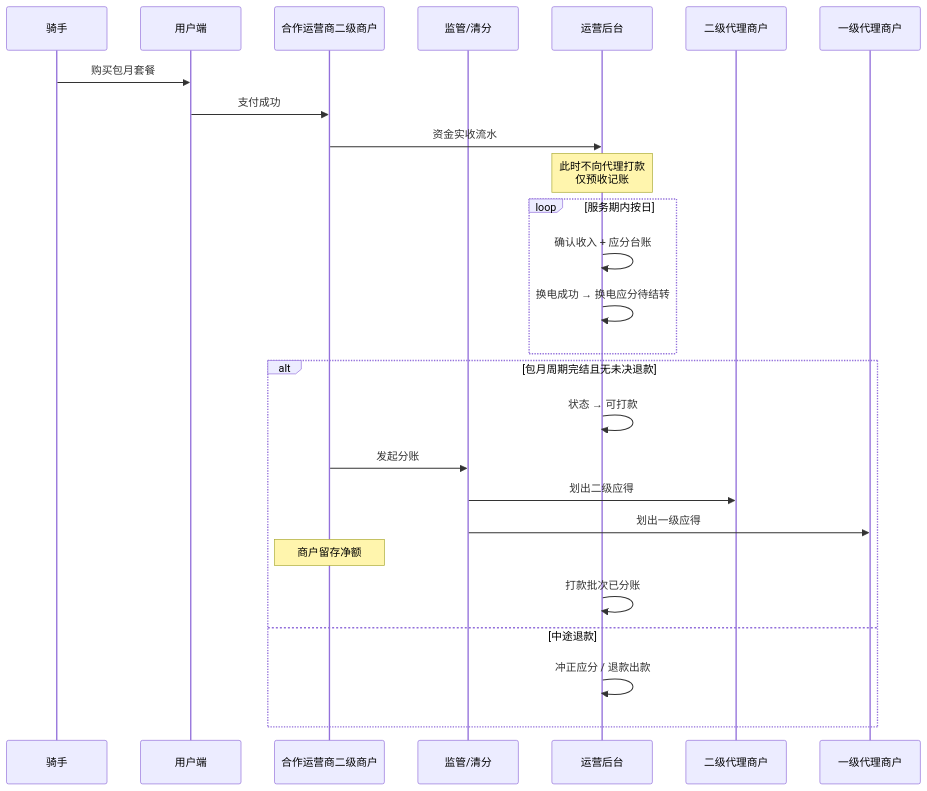
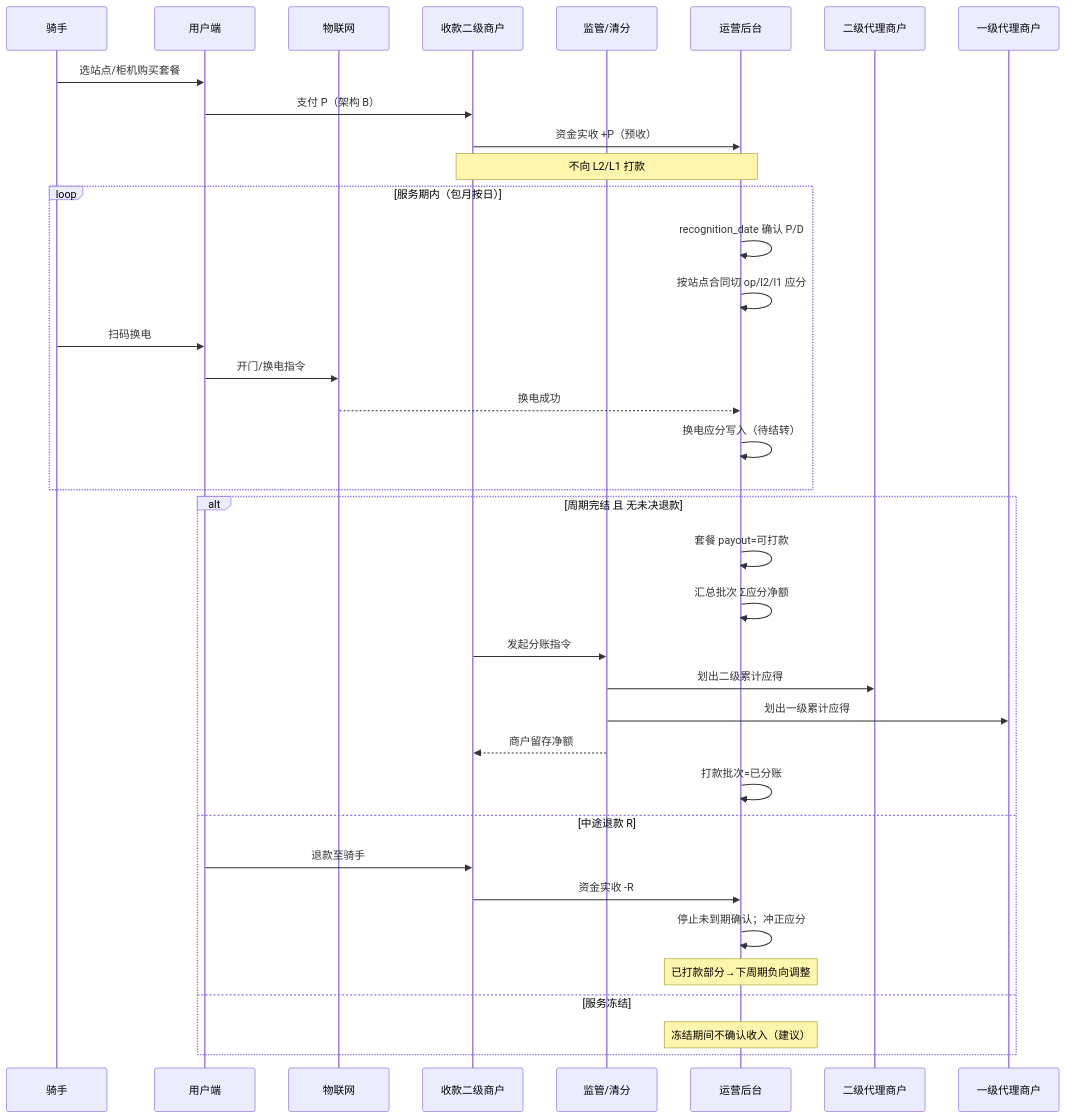
The seventh of 16 diagrams in docs/功能结构与业务流程.md (liudali/rider-swap-operator-prototype), drawn with Mermaid before and after one commit. The commit also changed other lines of this file and 1 other file, not shown here.

Commit message:
Expand core business process flows with steps, states, and edge cases.

````diff
--- a/docs/功能结构与业务流程.md
+++ b/docs/功能结构与业务流程.md
@@ -181,31 +214,42 @@
 ```mermaid
 sequenceDiagram
   participant R as 骑手
   participant App as 用户端
-  participant Mch as 合作运营商二级商户
+  participant IoT as 物联网
+  participant Mch as 收款二级商户
   participant Reg as 监管/清分
   participant BO as 运营后台
   participant L2 as 二级代理商户
   participant L1 as 一级代理商户
 
-  R->>App: 购买包月套餐
-  App->>Mch: 支付成功
-  Mch->>BO: 资金实收流水
-  Note over BO: 此时不向代理打款<br/>仅预收记账
+  R->>App: 选站点/柜机购买套餐
+  App->>Mch: 支付 P（架构 B）
+  Mch->>BO: 资金实收 +P（预收）
+  Note over BO,Mch: 不向 L2/L1 打款
 
-  loop 服务期内按日
-    BO->>BO: 确认收入 + 应分台账
-    BO->>BO: 换电成功 → 换电应分待结转
+  loop 服务期内（包月按日）
+    BO->>BO: recognition_date 确认 P/D
+    BO->>BO: 按站点合同切 op/l2/l1 应分
+    R->>App: 扫码换电
+    App->>IoT: 开门/换电指令
+    IoT-->>BO: 换电成功
+    BO->>BO: 换电应分写入（待结转）
   end
 
-  alt 包月周期完结且无未决退款
-    BO->>BO: 状态 → 可打款
-    Mch->>Reg: 发起分账
-    Reg->>L2: 划出二级应得
-    Reg->>L1: 划出一级应得
-    Note over Mch: 商户留存净额
-    BO->>BO: 打款批次已分账
-  else 中途退款
-    BO->>BO: 冲正应分 / 退款出款
+  alt 周期完结 且 无未决退款
+    BO->>BO: 套餐 payout=可打款
+    BO->>BO: 汇总批次 Σ应分净额
+    Mch->>Reg: 发起分账指令
+    Reg->>L2: 划出二级累计应得
+    Reg->>L1: 划出一级累计应得
+    Reg-->>Mch: 商户留存净额
+    BO->>BO: 打款批次=已分账
+  else 中途退款 R
+    App->>Mch: 退款至骑手
+    Mch->>BO: 资金实收 -R
+    BO->>BO: 停止未到期确认；冲正应分
+    Note over BO: 已打款部分→下周期负向调整
+  else 服务冻结
+    Note over BO: 冻结期间不确认收入（建议）
   end
 ```
````
